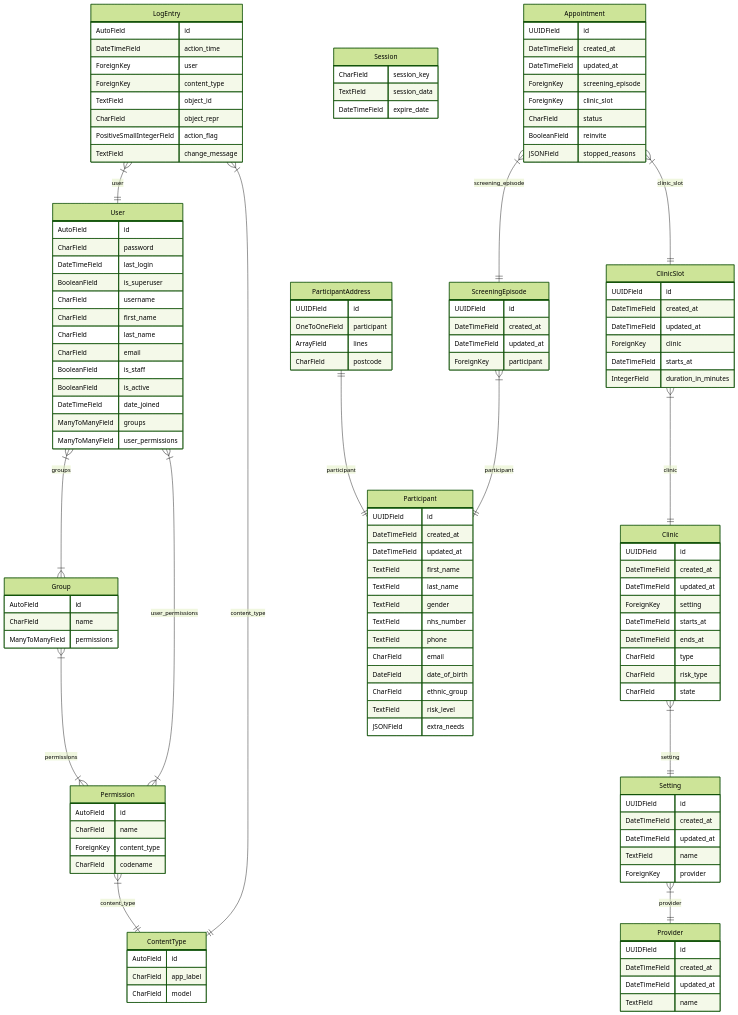
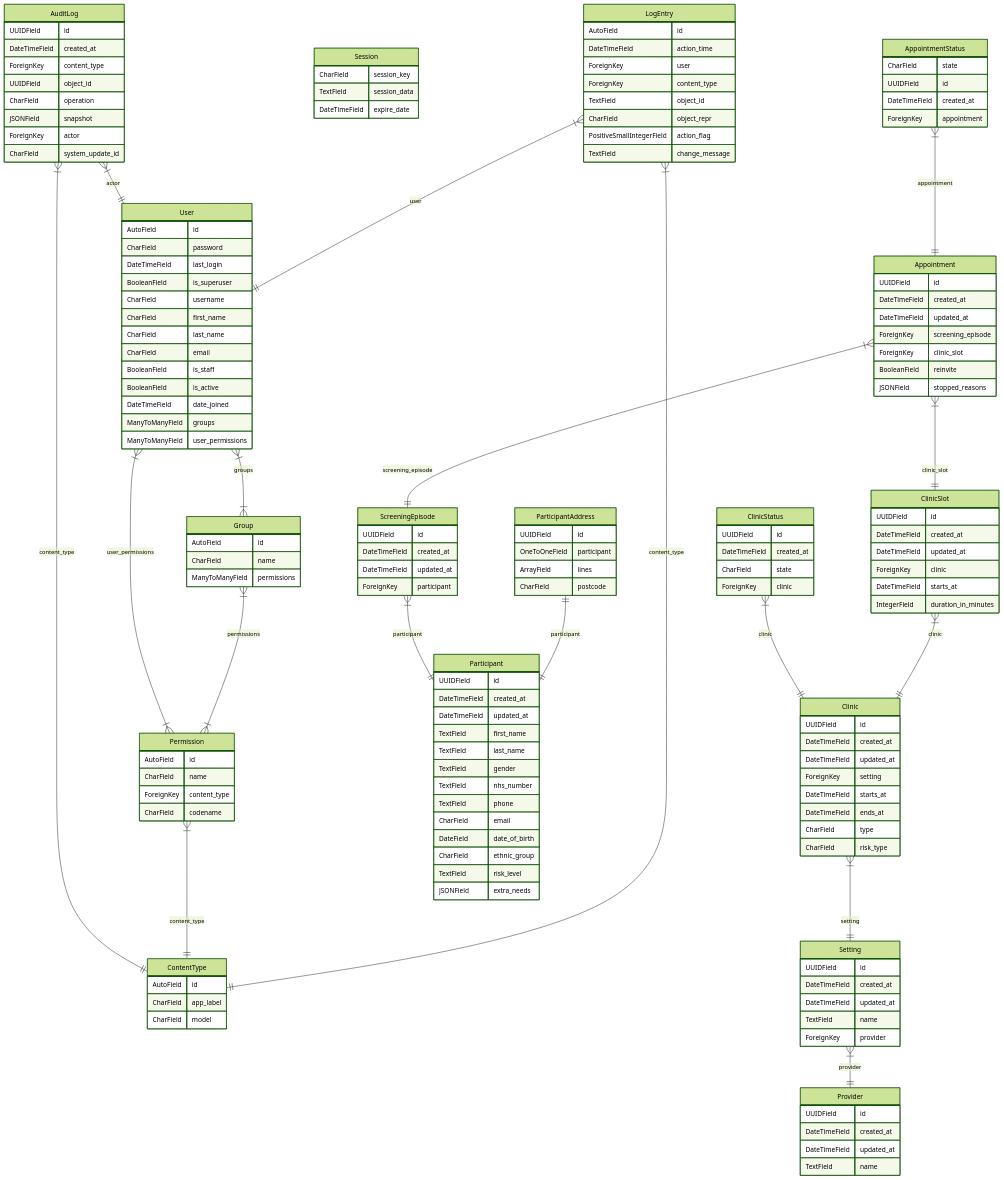
The diagram in docs/diagrams/erd.md (dsp-testing/dtos-manage-breast-screening-norm), drawn with Mermaid (forest theme) before and after one commit.

Commit message:
Update ERD with latest schema changes

````diff
--- a/docs/diagrams/erd.md
+++ b/docs/diagrams/erd.md
@@ -49,6 +49,16 @@
     TextField session_data
     DateTimeField expire_date
 }
+AuditLog {
+    UUIDField id
+    DateTimeField created_at
+    ForeignKey content_type
+    UUIDField object_id
+    CharField operation
+    JSONField snapshot
+    ForeignKey actor
+    CharField system_update_id
+}
 Provider {
     UUIDField id
     DateTimeField created_at
@@ -71,7 +81,6 @@
     DateTimeField ends_at
     CharField type
     CharField risk_type
-    CharField state
 }
 ClinicSlot {
     UUIDField id
@@ -80,6 +89,12 @@
     ForeignKey clinic
     DateTimeField starts_at
     IntegerField duration_in_minutes
+}
+ClinicStatus {
+    UUIDField id
+    DateTimeField created_at
+    CharField state
+    ForeignKey clinic
 }
 Participant {
     UUIDField id
@@ -114,9 +129,14 @@
     DateTimeField updated_at
     ForeignKey screening_episode
     ForeignKey clinic_slot
-    CharField status
     BooleanField reinvite
     JSONField stopped_reasons
+}
+AppointmentStatus {
+    CharField state
+    UUIDField id
+    DateTimeField created_at
+    ForeignKey appointment
 }
 LogEntry }|--|| User : user
 LogEntry }|--|| ContentType : content_type
@@ -124,11 +144,15 @@
 Group }|--|{ Permission : permissions
 User }|--|{ Group : groups
 User }|--|{ Permission : user_permissions
+AuditLog }|--|| ContentType : content_type
+AuditLog }|--|| User : actor
 Setting }|--|| Provider : provider
 Clinic }|--|| Setting : setting
 ClinicSlot }|--|| Clinic : clinic
+ClinicStatus }|--|| Clinic : clinic
 ParticipantAddress ||--|| Participant : participant
 ScreeningEpisode }|--|| Participant : participant
 Appointment }|--|| ScreeningEpisode : screening_episode
 Appointment }|--|| ClinicSlot : clinic_slot
+AppointmentStatus }|--|| Appointment : appointment
 ```
````
